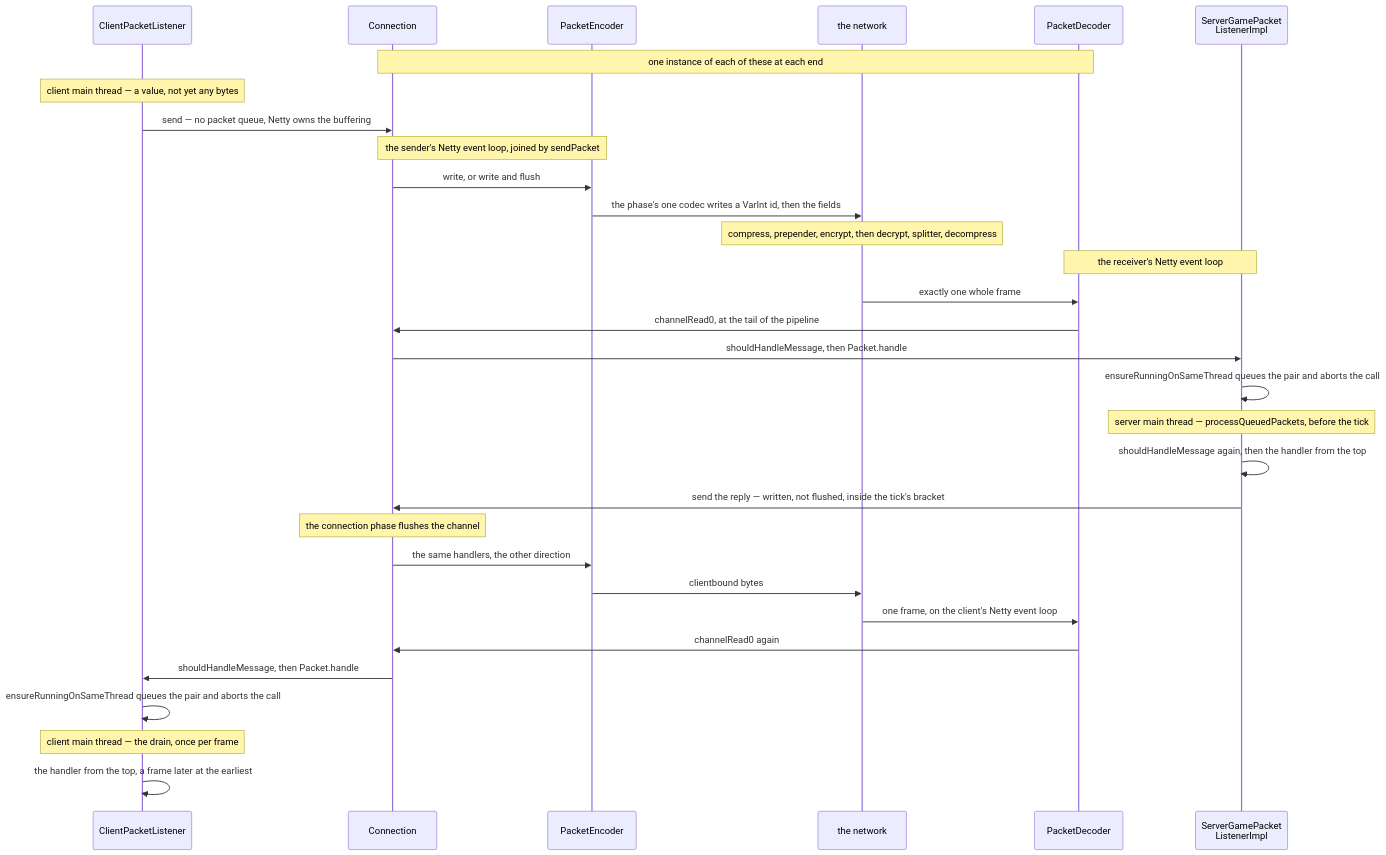
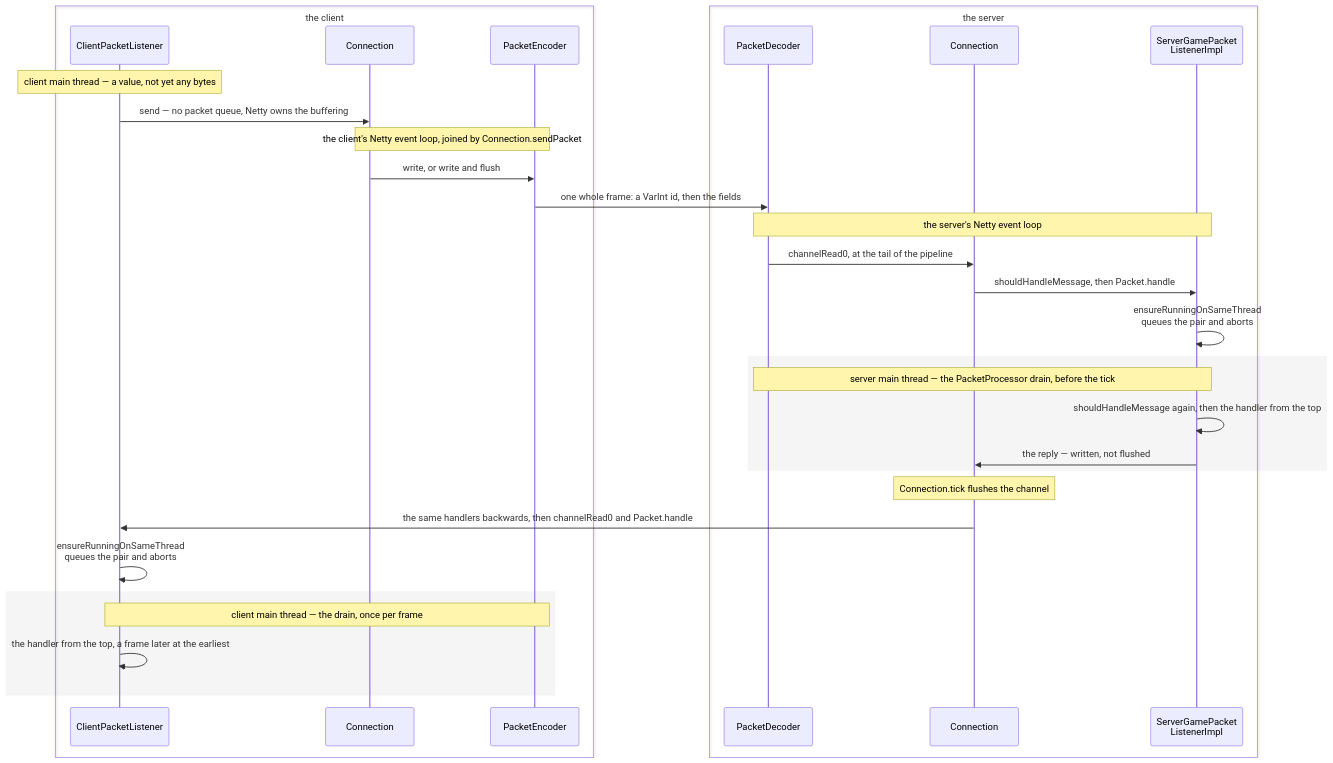
Before and after one commit to AlexanderjFraser/MinecraftDocs: the diagram in src/systems/networking/the-connection.md, drawn with Mermaid. The commit also changed other lines of this file and 11 other files, not shown here.

````diff
--- a/src/systems/networking/the-connection.md
+++ b/src/systems/networking/the-connection.md
@@ -41,34 +41,35 @@
 ```mermaid
 sequenceDiagram
+    box transparent the client
     participant CPL as ClientPacketListener
     participant Conn as Connection
     participant PEnc as PacketEncoder
-    participant Wire as the network
+    end
+    box transparent the server
     participant PDec as PacketDecoder
+    participant SConn as Connection
     participant SGPL as ServerGamePacket<br/>ListenerImpl
+    end
 
-    Note over Conn,PDec: one instance of each of these at each end
     Note over CPL: client main thread — a value, not yet any bytes
     CPL->>Conn: send — no packet queue, Netty owns the buffering
-    Note over Conn,PEnc: the sender's Netty event loop, joined by sendPacket
+    Note over Conn,PEnc: the client's Netty event loop, joined by Connection.sendPacket
     Conn->>PEnc: write, or write and flush
-    PEnc->>Wire: the phase's one codec writes a VarInt id, then the fields
-    Note over Wire: compress, prepender, encrypt, then decrypt, splitter, decompress
-    Note over PDec,SGPL: the receiver's Netty event loop
-    Wire->>PDec: exactly one whole frame
-    PDec->>Conn: channelRead0, at the tail of the pipeline
-    Conn->>SGPL: shouldHandleMessage, then Packet.handle
-    SGPL->>SGPL: ensureRunningOnSameThread queues the pair and aborts the call
-    Note over SGPL: server main thread — processQueuedPackets, before the tick
-    SGPL->>SGPL: shouldHandleMessage again, then the handler from the top
-    SGPL->>Conn: send the reply — written, not flushed, inside the tick's bracket
-    Note over Conn: the connection phase flushes the channel
-    Conn->>PEnc: the same handlers, the other direction
-    PEnc->>Wire: clientbound bytes
-    Wire->>PDec: one frame, on the client's Netty event loop
-    PDec->>Conn: channelRead0 again
-    Conn->>CPL: shouldHandleMessage, then Packet.handle
-    CPL->>CPL: ensureRunningOnSameThread queues the pair and aborts the call
-    Note over CPL: client main thread — the drain, once per frame
-    CPL->>CPL: the handler from the top, a frame later at the earliest
+    PEnc->>PDec: one whole frame: a VarInt id, then the fields
+    Note over PDec,SGPL: the server's Netty event loop
+    PDec->>SConn: channelRead0, at the tail of the pipeline
+    SConn->>SGPL: shouldHandleMessage, then Packet.handle
+    SGPL->>SGPL: ensureRunningOnSameThread<br/>queues the pair and aborts
+    rect rgba(0, 0, 0, 0.04)
+        Note over PDec,SGPL: server main thread — the PacketProcessor drain, before the tick
+        SGPL->>SGPL: shouldHandleMessage again, then the handler from the top
+        SGPL->>SConn: the reply — written, not flushed
+    end
+    Note over SConn: Connection.tick flushes the channel
+    SConn->>CPL: the same handlers backwards, then channelRead0 and Packet.handle
+    CPL->>CPL: ensureRunningOnSameThread<br/>queues the pair and aborts
+    rect rgba(0, 0, 0, 0.04)
+        Note over CPL,PEnc: client main thread — the drain, once per frame
+        CPL->>CPL: the handler from the top, a frame later at the earliest
+    end
 ```
````
